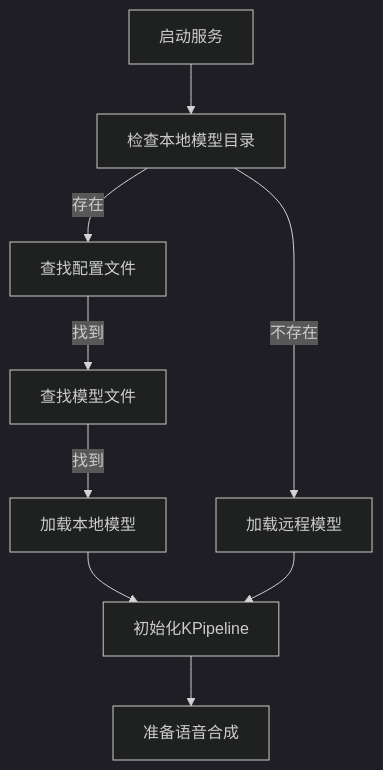
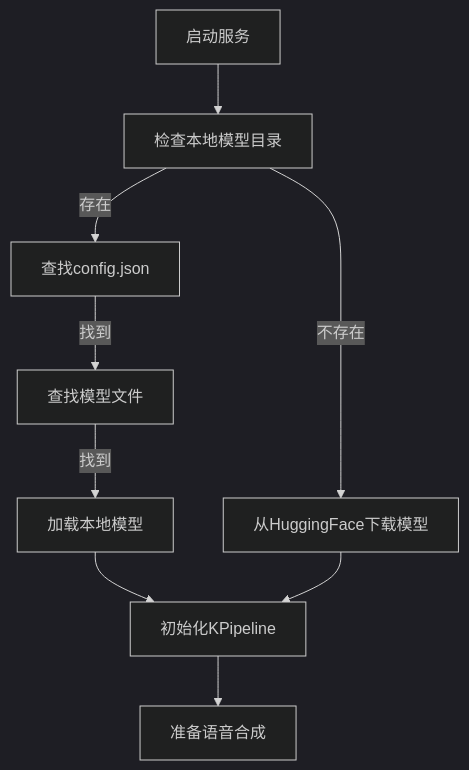
One commit to 1024dashen/Vue3Speech changed the eighth of 14 diagrams in .qoder/repowiki/zh/content/后端服务架构/后端服务架构.md. Above: the diagram before and after it, drawn with Mermaid (dark theme). The commit also changed other lines of this file and 5 other files, not shown here.

````diff
--- a/.qoder/repowiki/zh/content/后端服务架构/后端服务架构.md
+++ b/.qoder/repowiki/zh/content/后端服务架构/后端服务架构.md
@@ -479,11 +521,11 @@
 ```mermaid
 flowchart TD
 A[启动服务] --> B[检查本地模型目录]
-B --> |存在| C[查找配置文件]
+B --> |存在| C[查找config.json]
 C --> |找到| D[查找模型文件]
 D --> |找到| E[加载本地模型]
-B --> |不存在| F[加载远程模型]
+B --> |不存在| F[从HuggingFace下载模型]
 E --> G[初始化KPipeline]
 F --> G
 G --> H[准备语音合成]
 ```
````
